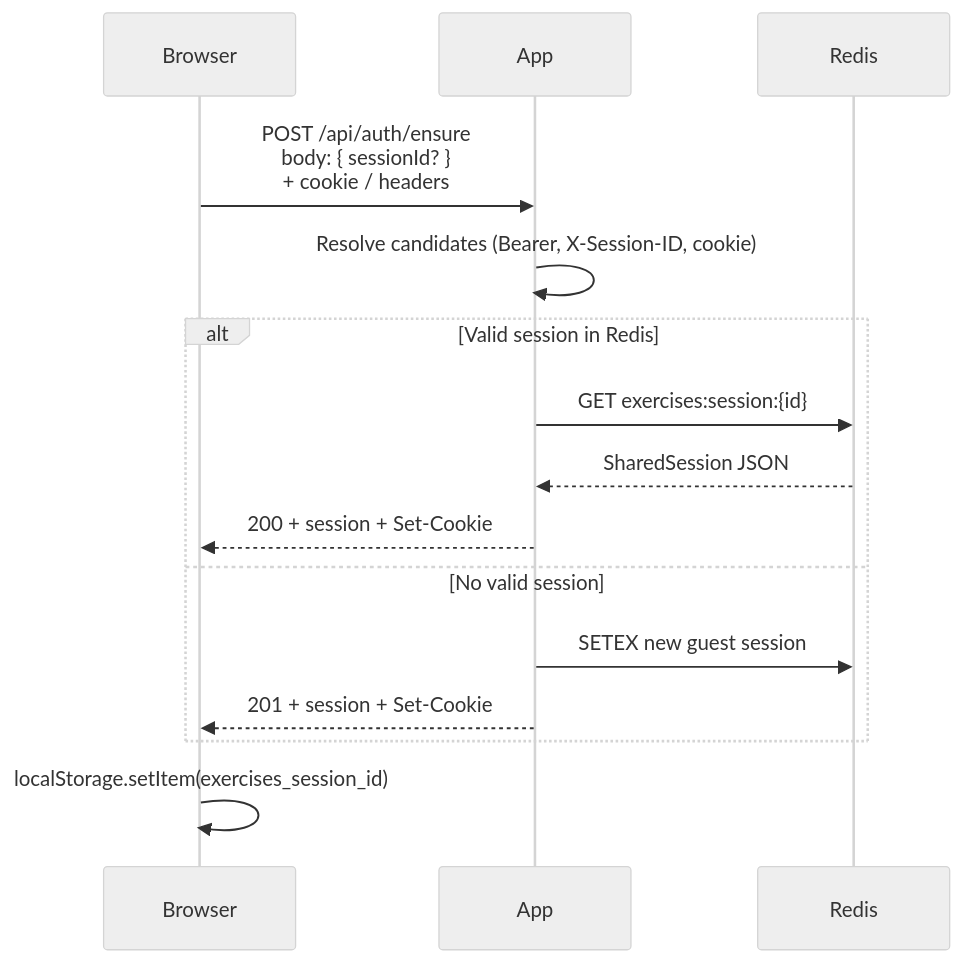
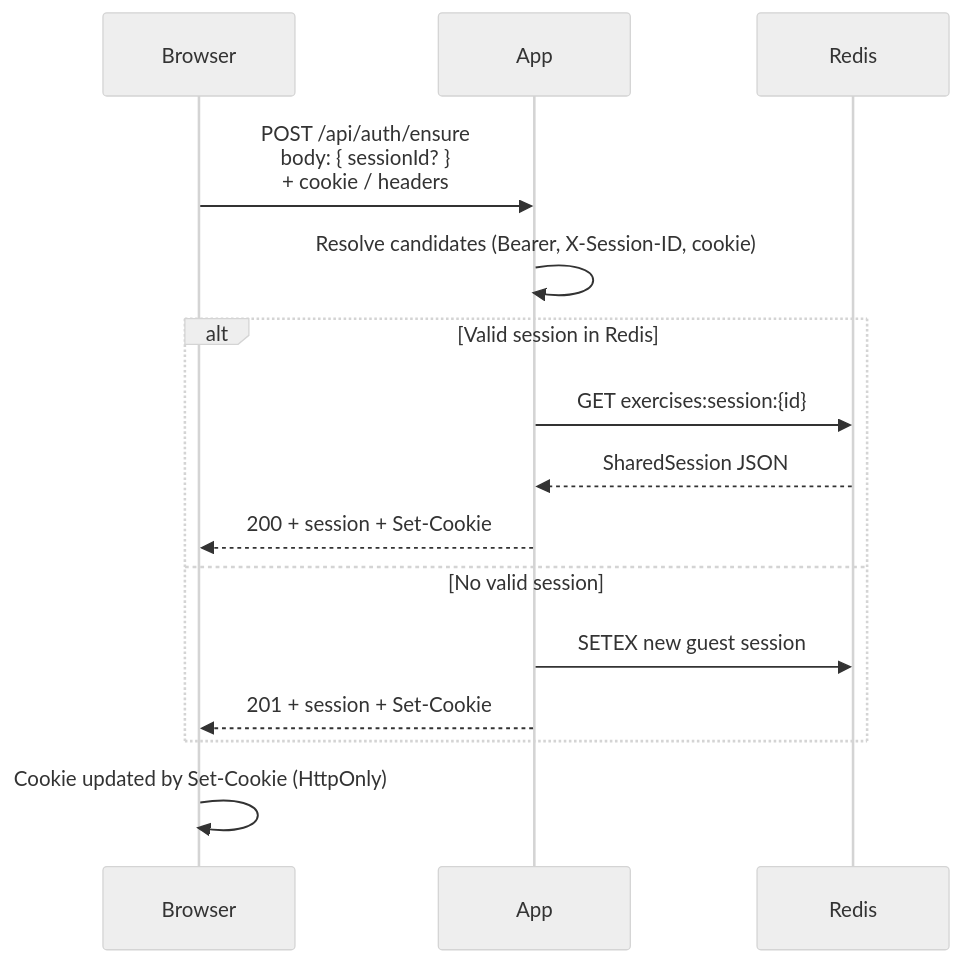
The second of 2 diagrams in apps/redis/SHARED-SESSION-PLAN.md (tiagoyamashita/webserver-benchmark), drawn with Mermaid (neutral theme) before and after one commit. The commit also changed other lines of this file and 28 other files, not shown here.

Commit message:
disabled localStorage for security ppurposes; added login and singup

````diff
--- a/apps/redis/SHARED-SESSION-PLAN.md
+++ b/apps/redis/SHARED-SESSION-PLAN.md
@@ -169,18 +155,18 @@
 ```mermaid
 sequenceDiagram
   participant B as Browser
   participant A as App
   participant R as Redis
 
   B->>A: POST /api/auth/ensure<br/>body: { sessionId? }<br/>+ cookie / headers
   A->>A: Resolve candidates (Bearer, X-Session-ID, cookie)
   alt Valid session in Redis
     A->>R: GET exercises:session:{id}
     R-->>A: SharedSession JSON
     A-->>B: 200 + session + Set-Cookie
   else No valid session
     A->>R: SETEX new guest session
     A-->>B: 201 + session + Set-Cookie
   end
-  B->>B: localStorage.setItem(exercises_session_id)
+  B->>B: Cookie updated by Set-Cookie (HttpOnly)
 ```
````
